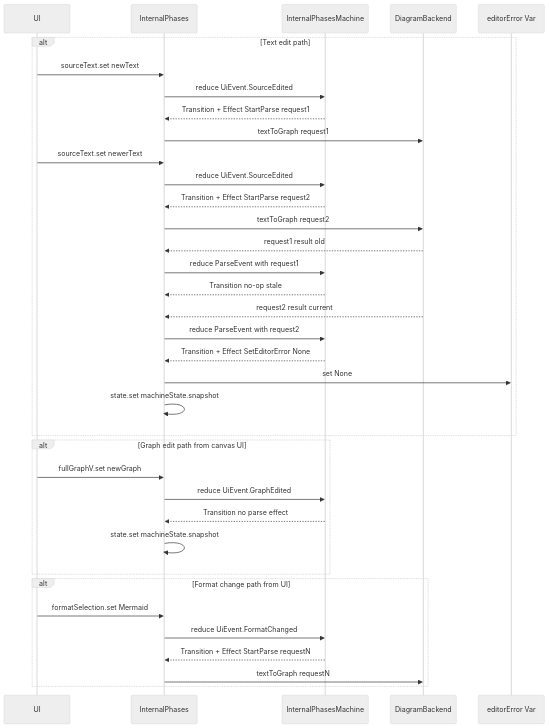
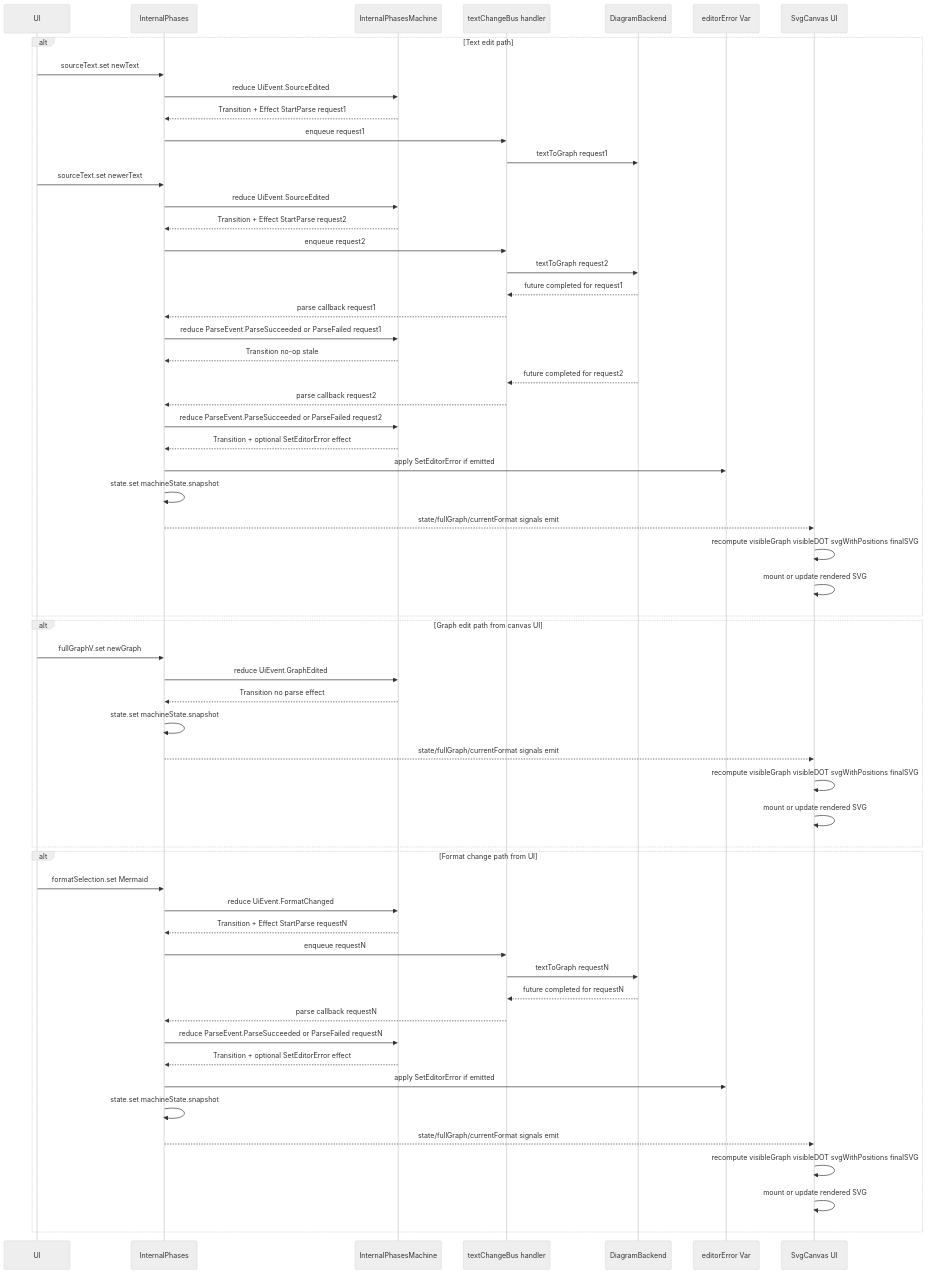
Before and after one commit to jpablo/graph-explorer: the second of 2 diagrams in docs/internal-phases-dataflow.md, drawn with Mermaid (neutral theme).

Commit message:
docs: simplify internal phases sequence diagram lanes

````diff
--- a/docs/internal-phases-dataflow.md
+++ b/docs/internal-phases-dataflow.md
@@ -95,44 +95,66 @@
 ```mermaid
 sequenceDiagram
     participant UI as UI
     participant IP as InternalPhases
     participant M as InternalPhasesMachine
+    participant Q as textChangeBus handler
     participant B as DiagramBackend
     participant EE as editorError Var
+    participant CV as SvgCanvas UI
 
     alt Text edit path
         UI->>IP: sourceText.set newText
         IP->>M: reduce UiEvent.SourceEdited
         M-->>IP: Transition + Effect StartParse request1
-        IP->>B: textToGraph request1
+        IP->>Q: enqueue request1
+        Q->>B: textToGraph request1
 
         UI->>IP: sourceText.set newerText
         IP->>M: reduce UiEvent.SourceEdited
         M-->>IP: Transition + Effect StartParse request2
-        IP->>B: textToGraph request2
+        IP->>Q: enqueue request2
+        Q->>B: textToGraph request2
 
-        B-->>IP: request1 result old
-        IP->>M: reduce ParseEvent with request1
+        B-->>Q: future completed for request1
+        Q-->>IP: parse callback request1
+        IP->>M: reduce ParseEvent.ParseSucceeded or ParseFailed request1
         M-->>IP: Transition no-op stale
 
-        B-->>IP: request2 result current
-        IP->>M: reduce ParseEvent with request2
-        M-->>IP: Transition + Effect SetEditorError None
-        IP->>EE: set None
+        B-->>Q: future completed for request2
+        Q-->>IP: parse callback request2
+        IP->>M: reduce ParseEvent.ParseSucceeded or ParseFailed request2
+        M-->>IP: Transition + optional SetEditorError effect
+        IP->>EE: apply SetEditorError if emitted
         IP->>IP: state.set machineState.snapshot
+        IP-->>CV: state/fullGraph/currentFormat signals emit
+        CV->>CV: recompute visibleGraph visibleDOT svgWithPositions finalSVG
+        CV->>CV: mount or update rendered SVG
     end
 
     alt Graph edit path from canvas UI
         UI->>IP: fullGraphV.set newGraph
         IP->>M: reduce UiEvent.GraphEdited
         M-->>IP: Transition no parse effect
         IP->>IP: state.set machineState.snapshot
+        IP-->>CV: state/fullGraph/currentFormat signals emit
+        CV->>CV: recompute visibleGraph visibleDOT svgWithPositions finalSVG
+        CV->>CV: mount or update rendered SVG
     end
 
     alt Format change path from UI
         UI->>IP: formatSelection.set Mermaid
         IP->>M: reduce UiEvent.FormatChanged
         M-->>IP: Transition + Effect StartParse requestN
-        IP->>B: textToGraph requestN
+        IP->>Q: enqueue requestN
+        Q->>B: textToGraph requestN
+        B-->>Q: future completed for requestN
+        Q-->>IP: parse callback requestN
+        IP->>M: reduce ParseEvent.ParseSucceeded or ParseFailed requestN
+        M-->>IP: Transition + optional SetEditorError effect
+        IP->>EE: apply SetEditorError if emitted
+        IP->>IP: state.set machineState.snapshot
+        IP-->>CV: state/fullGraph/currentFormat signals emit
+        CV->>CV: recompute visibleGraph visibleDOT svgWithPositions finalSVG
+        CV->>CV: mount or update rendered SVG
     end
 ```
````
